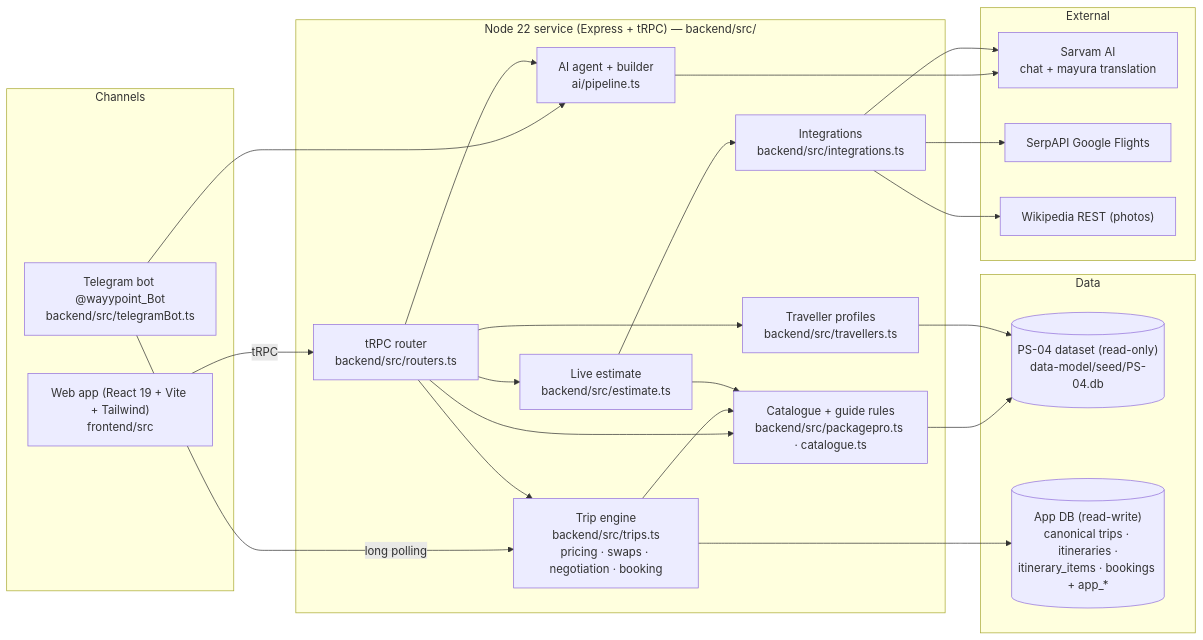
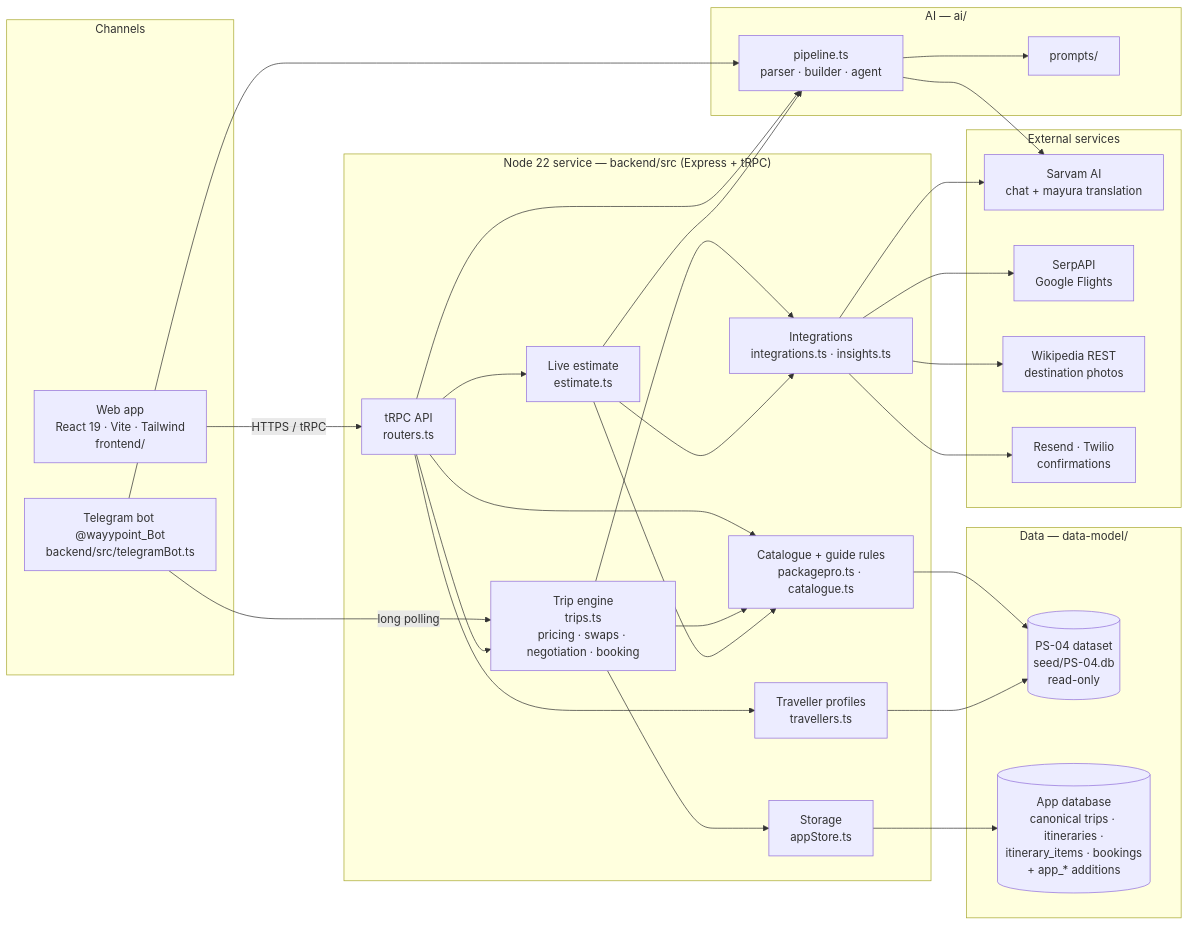
Before and after one commit to siddhartha0132/packagepro-best: the first of 8 diagrams in docs/ARCHITECTURE.md, drawn with Mermaid. The commit also changed other lines of this file and 13 other files, not shown here.

First line of the commit message:
Architecture: 8 diagrams (overview, repo map, guide check, booking, pricing, AI, ER, deployment) + SVGs; pnpm workspace

````diff
--- a/docs/ARCHITECTURE.md
+++ b/docs/ARCHITECTURE.md
@@ -6,36 +11,47 @@
 ```mermaid
 flowchart LR
-  subgraph Channels
-    WEB["Web app (React 19 + Vite + Tailwind)<br/>frontend/src"]
+  subgraph Channels["Channels"]
+    WEB["Web app<br/>React 19 · Vite · Tailwind<br/>frontend/"]
     TG["Telegram bot @wayypoint_Bot<br/>backend/src/telegramBot.ts"]
   end
-  subgraph Server["Node 22 service (Express + tRPC) — backend/src/"]
-    API["tRPC router<br/>backend/src/routers.ts"]
-    ENGINE["Trip engine<br/>backend/src/trips.ts<br/>pricing · swaps · negotiation · booking"]
-    CAT["Catalogue + guide rules<br/>backend/src/packagepro.ts · catalogue.ts"]
-    TRAV["Traveller profiles<br/>backend/src/travellers.ts"]
-    EST["Live estimate<br/>backend/src/estimate.ts"]
-    AI["AI agent + builder<br/>ai/pipeline.ts"]
-    INT["Integrations<br/>backend/src/integrations.ts"]
+
+  subgraph Service["Node 22 service — backend/src (Express + tRPC)"]
+    API["tRPC API<br/>routers.ts"]
+    ENGINE["Trip engine<br/>trips.ts<br/>pricing · swaps · negotiation · booking"]
+    RULES["Catalogue + guide rules<br/>packagepro.ts · catalogue.ts"]
+    TRAV["Traveller profiles<br/>travellers.ts"]
+    EST["Live estimate<br/>estimate.ts"]
+    STORE["Storage<br/>appStore.ts"]
+    INT["Integrations<br/>integrations.ts · insights.ts"]
   end
-  subgraph Data
-    DS[("PS-04 dataset (read-only)<br/>data-model/seed/PS-04.db")]
-    APP[("App DB (read-write)<br/>canonical trips · itineraries ·<br/>itinerary_items · bookings + app_*")]
+
+  subgraph AI["AI — ai/"]
+    PIPE["pipeline.ts<br/>parser · builder · agent"]
+    PROMPTS["prompts/"]
   end
-  subgraph External
+
+  subgraph Data["Data — data-model/"]
+    DS[("PS-04 dataset<br/>seed/PS-04.db<br/>read-only")]
+    APP[("App database<br/>canonical trips · itineraries ·<br/>itinerary_items · bookings<br/>+ app_* additions")]
+  end
+
+  subgraph External["External services"]
     SARVAM["Sarvam AI<br/>chat + mayura translation"]
-    SERP["SerpAPI Google Flights"]
-    WIKI["Wikipedia REST (photos)"]
+    SERP["SerpAPI<br/>Google Flights"]
+    WIKI["Wikipedia REST<br/>destination photos"]
+    MAIL["Resend · Twilio<br/>confirmations"]
   end
-  WEB -- tRPC --> API
-  TG -- long polling --> ENGINE
-  TG --> AI
-  API --> ENGINE & EST & AI & CAT & TRAV
-  ENGINE --> CAT
-  ENGINE --> APP
-  CAT --> DS
+
+  WEB -- "HTTPS / tRPC" --> API
+  TG -- "long polling" --> ENGINE
+  TG --> PIPE
+  API --> ENGINE & EST & PIPE & TRAV & RULES
+  ENGINE --> RULES & STORE & INT
+  EST --> RULES & INT & PIPE
+  PIPE --> PROMPTS
+  PIPE --> SARVAM
+  RULES --> DS
   TRAV --> DS
-  EST --> INT & CAT
-  AI --> SARVAM
-  INT --> SERP & SARVAM & WIKI
+  STORE --> APP
+  INT --> SERP & SARVAM & WIKI & MAIL
 ```
````
